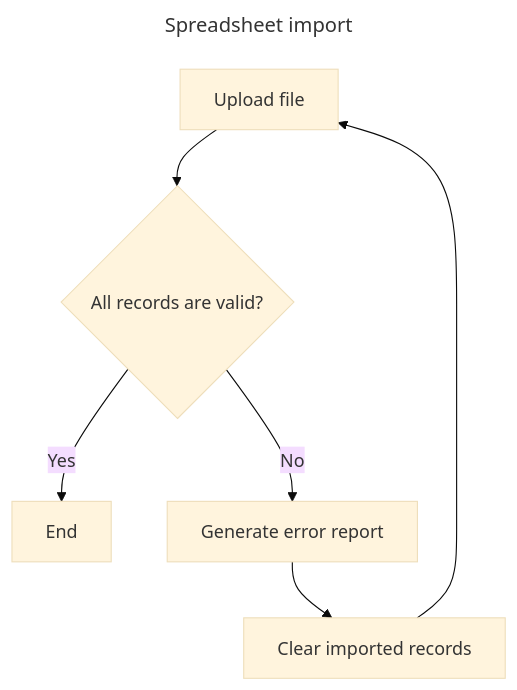
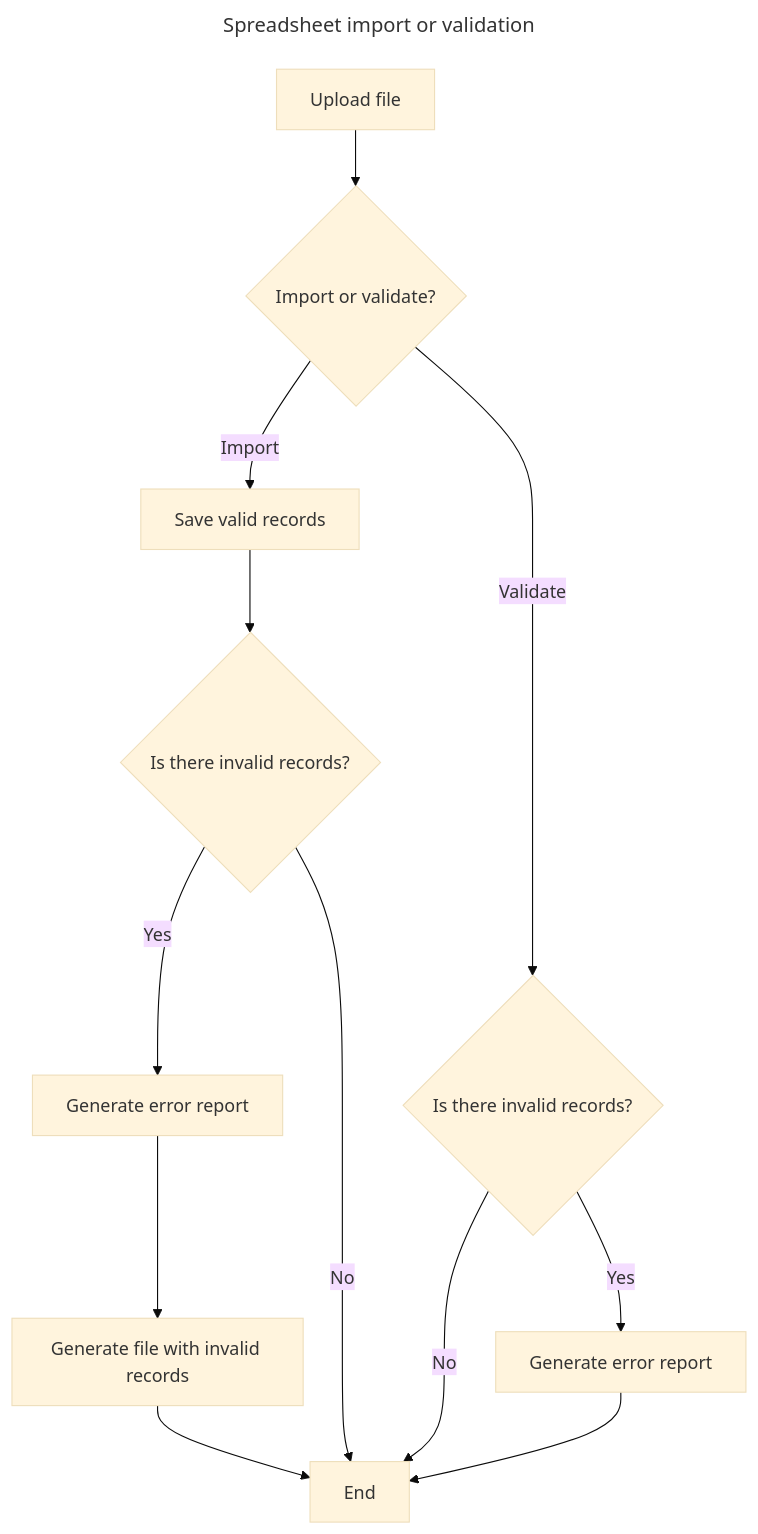
The first of 4 diagrams in README.md (unicef/hope-country-workspace), drawn with Mermaid (base theme) before and after one commit. The commit also changed other lines of this file, not shown here.

Commit message:
Update schemas

````diff
--- a/README.md
+++ b/README.md
@@ -5,12 +5,19 @@
 ```mermaid
 ---
-title: Spreadsheet import
+title: Spreadsheet import or validation
 ---
 graph TD
 ;
-    A[Upload file] --> B{All records are valid?}
-    B -- Yes --> E[End]
-    B -- No --> C[Generate error report]
-    C --> D[Clear imported records]
-    D --> A
+    A[Upload file] --> B{Import or validate?}
+    B -- Import --> C[Save valid records]
+    C --> D{Is there invalid records?}
+    D -- Yes --> E[Generate error report]
+    E --> F[Generate file with invalid records]
+    F --> G[End]
+    D -- No --> G
+    
+    B -- Validate --> H{Is there invalid records?}
+    H -- No --> G
+    H -- Yes --> I[Generate error report]
+    I --> G
 ```
````
